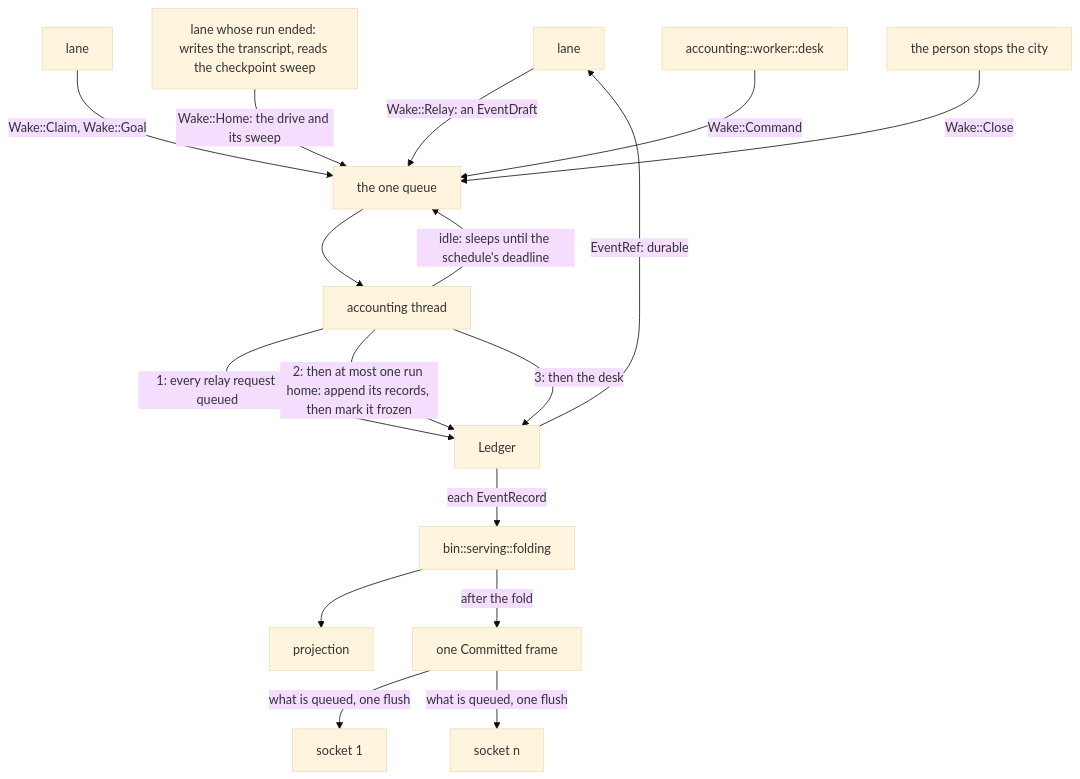
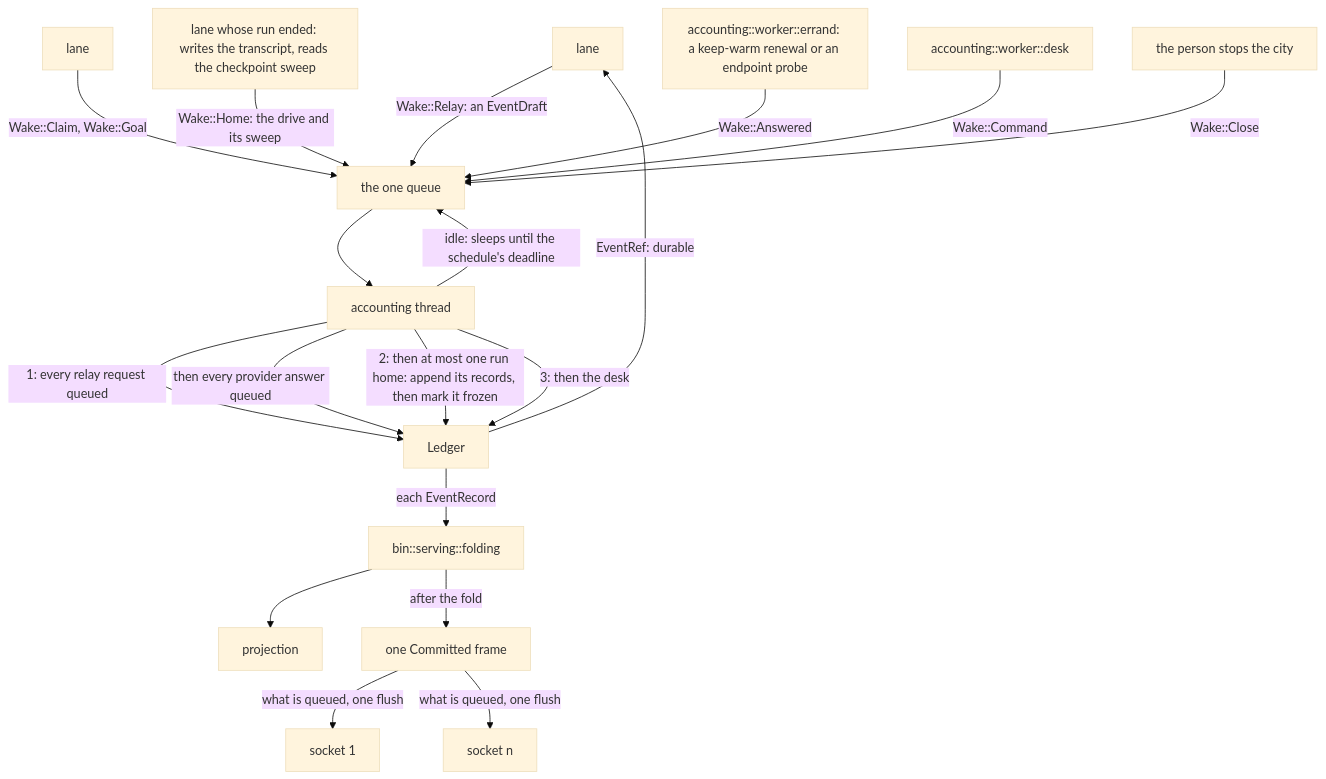
One commit to 2youg1/sprawling-agents changed the fourth of 8 diagrams in ARCHITECTURE.md. Above: the diagram before and after it, drawn with Mermaid (base theme). The commit also changed other lines of this file and 6 other files, not shown here.

````diff
--- a/ARCHITECTURE.md
+++ b/ARCHITECTURE.md
@@ -1362,19 +1362,21 @@
 ```mermaid
 flowchart TD
     lane[lane] -- "Wake::Relay: an EventDraft" --> wake[the one queue]
     claim[lane] -- "Wake::Claim, Wake::Goal" --> wake
     home[lane whose run ended: writes the transcript, reads the checkpoint sweep] -- "Wake::Home: the drive and its sweep" --> wake
+    errand[accounting::worker::errand: a keep-warm renewal or an endpoint probe] -- "Wake::Answered" --> wake
     desk[accounting::worker::desk] -- "Wake::Command" --> wake
     close[the person stops the city] -- "Wake::Close" --> wake
     wake --> acc[accounting thread]
     acc -->|"1: every relay request queued"| ledger[Ledger]
+    acc -->|"then every provider answer queued"| ledger
     acc -->|"2: then at most one run home: append its records, then mark it frozen"| ledger
     acc -->|"3: then the desk"| ledger
     acc -->|"idle: sleeps until the schedule's deadline"| wake
     ledger -->|"EventRef: durable"| lane
     ledger -->|"each EventRecord"| fold[bin::serving::folding]
     fold --> proj[projection]
     fold -->|"after the fold"| committed[one Committed frame]
     committed -->|"what is queued, one flush"| s1[socket 1]
     committed -->|"what is queued, one flush"| sn[socket n]
 ```
````
